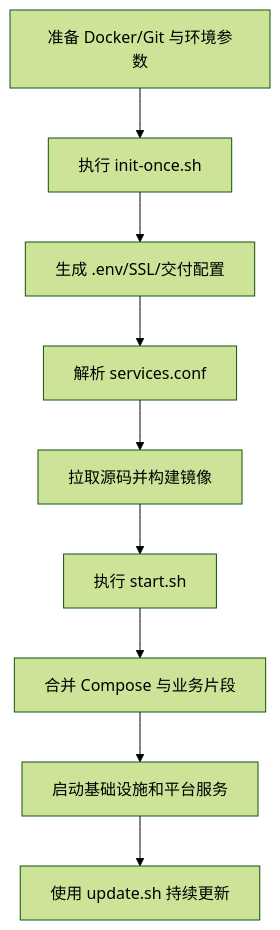
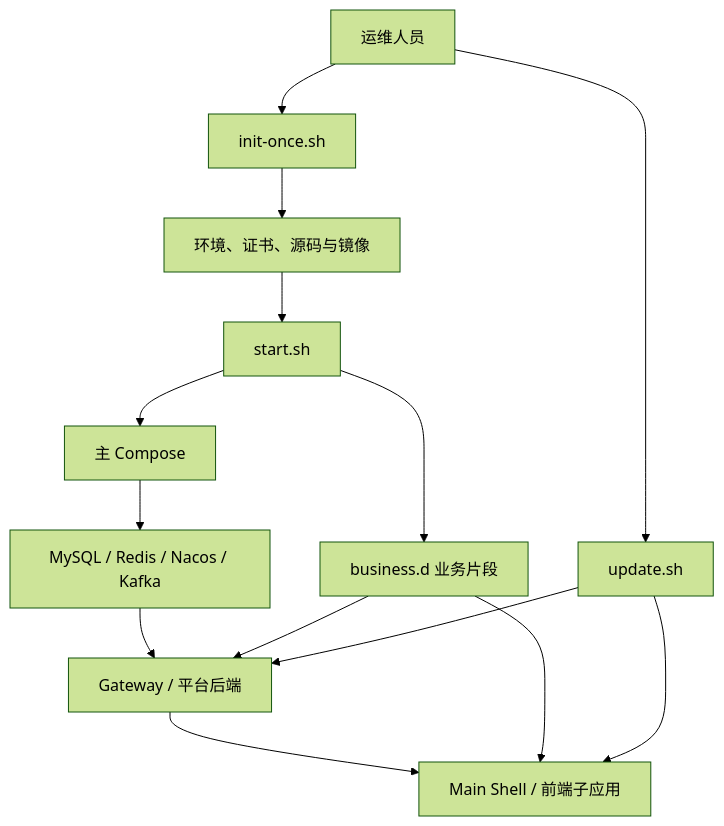
The diagram in README.md (g2rain/g2rain-deploy), drawn with Mermaid (forest theme) before and after one commit. The commit also changed other lines of this file and 3 other files, not shown here.

````diff
--- a/README.md
+++ b/README.md
@@ -84,11 +64,16 @@
 ```mermaid
 flowchart TD
-  A[准备 Docker/Git 与环境参数] --> B[执行 init-once.sh]
-  B --> C[生成 .env/SSL/交付配置]
-  C --> D[解析 services.conf]
-  D --> E[拉取源码并构建镜像]
-  E --> F[执行 start.sh]
-  F --> G[合并 Compose 与业务片段]
-  G --> H[启动基础设施和平台服务]
-  H --> I[使用 update.sh 持续更新]
+  O[运维人员] --> I[init-once.sh]
+  I --> E[环境、证书、源码与镜像]
+  E --> S[start.sh]
+  S --> C[主 Compose]
+  S --> B[business.d 业务片段]
+  C --> F[MySQL / Redis / Nacos / Kafka]
+  F --> P[Gateway / 平台后端]
+  P --> A[Main Shell / 前端子应用]
+  B --> P
+  B --> A
+  O --> U[update.sh]
+  U --> P
+  U --> A
 ```
````
